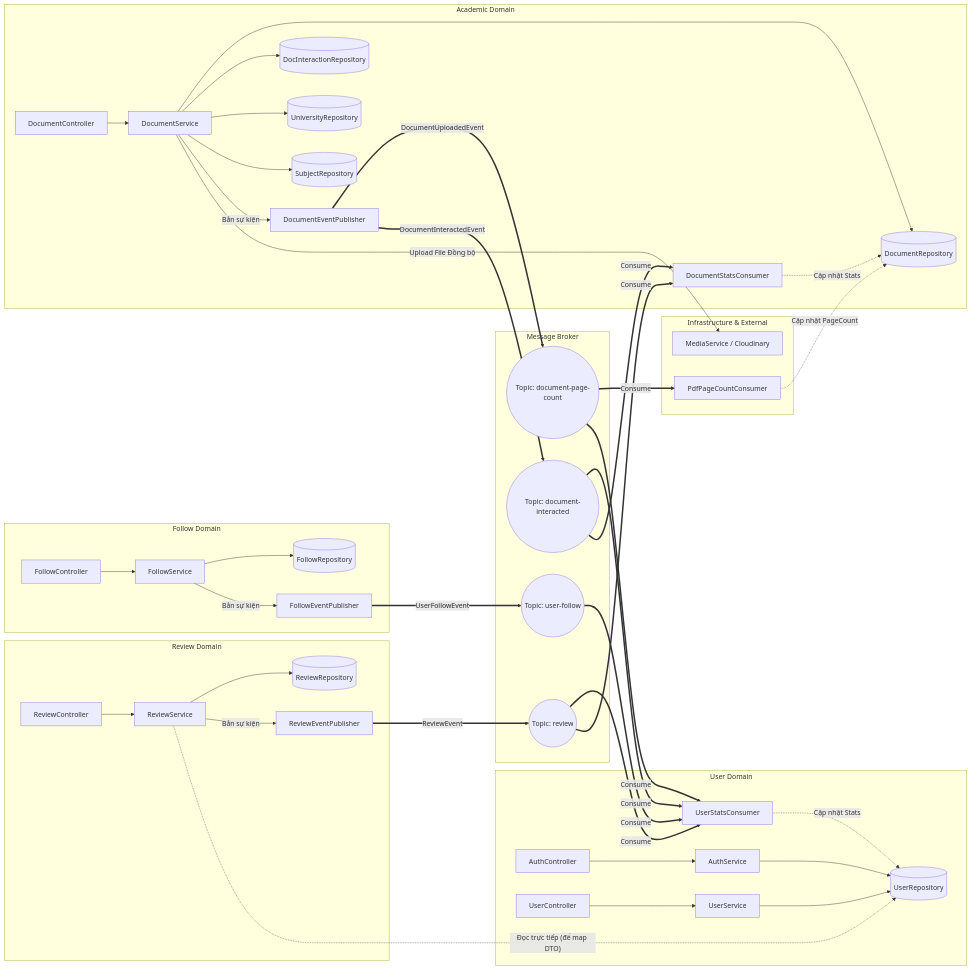
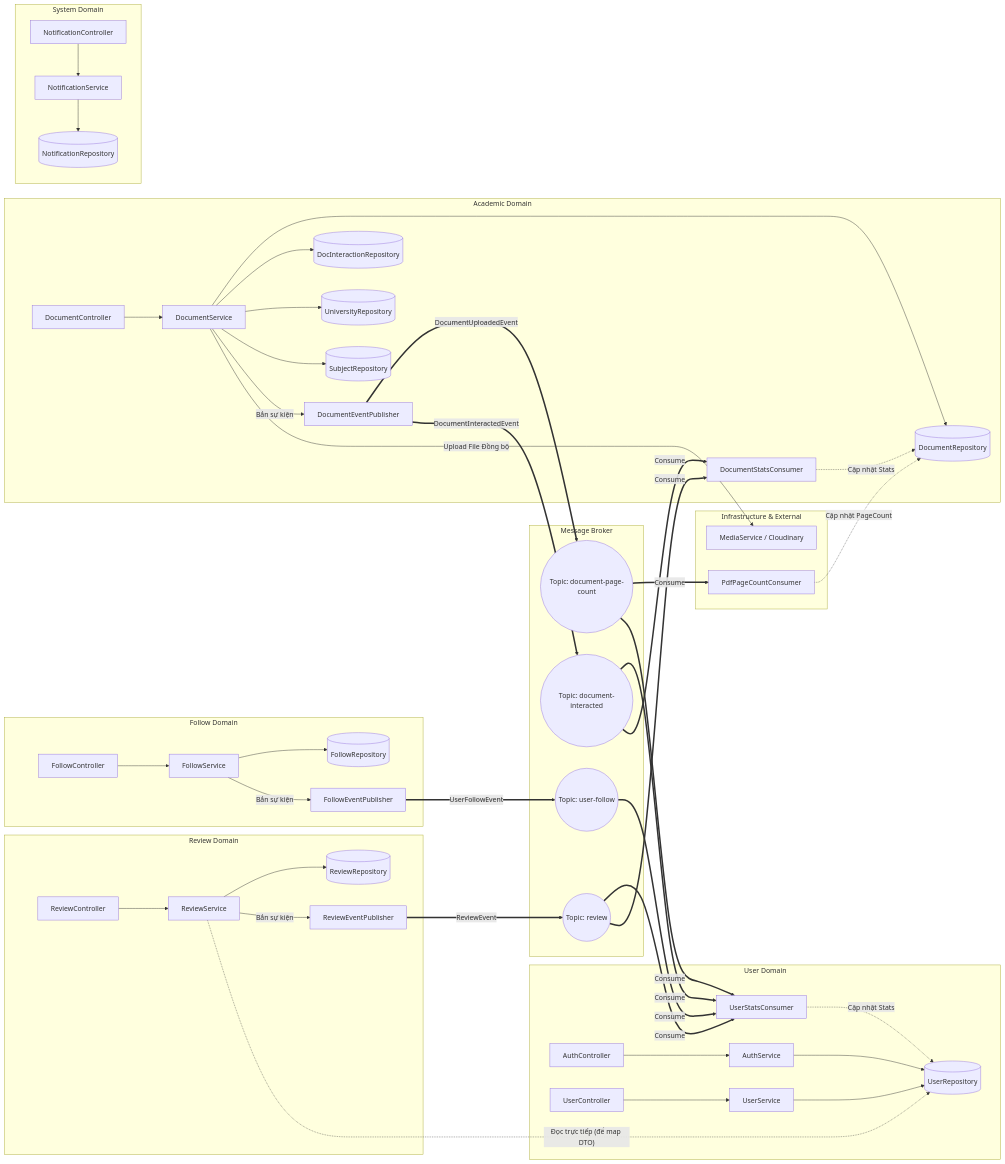
One commit to minhhien-e/Studydocs_BackEnd changed the diagram in docs/diagrams/business_flow_graph.md. Above: the diagram before and after it, drawn with Mermaid. The commit also changed 1 other file, not shown here.

Commit message:
update: flow md

```diff
--- a/docs/diagrams/business_flow_graph.md
+++ b/docs/diagrams/business_flow_graph.md
@@ -84,7 +84,19 @@
     end
     
     %% ==========================================
-    %% 5. INFRASTRUCTURE & EXTERNAL
+    %% 5. SYSTEM DOMAIN (NOTIFICATIONS)
+    %% ==========================================
+    subgraph SystemDomain [System Domain]
+        API_Notif[NotificationController]
+        S_Notif[NotificationService]
+        DB_Notif[(NotificationRepository)]
+        
+        API_Notif --> S_Notif
+        S_Notif --> DB_Notif
+    end
+
+    %% ==========================================
+    %% 6. INFRASTRUCTURE & EXTERNAL
     %% ==========================================
     subgraph InfrastructureDomain [Infrastructure & External]
         S_Media["MediaService / Cloudinary"]
@@ -95,7 +107,7 @@
     end
 
     %% ==========================================
-    %% 6. MESSAGE BROKER (KAFKA)
+    %% 7. MESSAGE BROKER (KAFKA)
     %% ==========================================
     subgraph MessageBroker [Message Broker]
         Topic_DocUpload(("Topic: document-page-count"))
```
